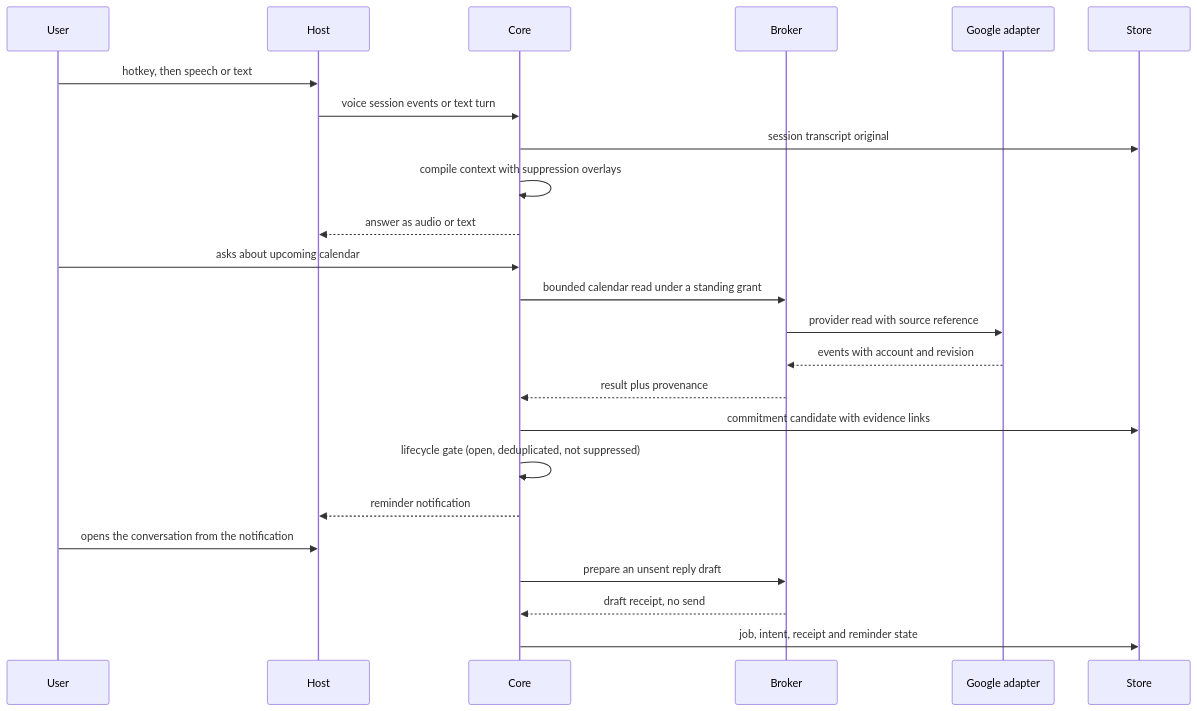
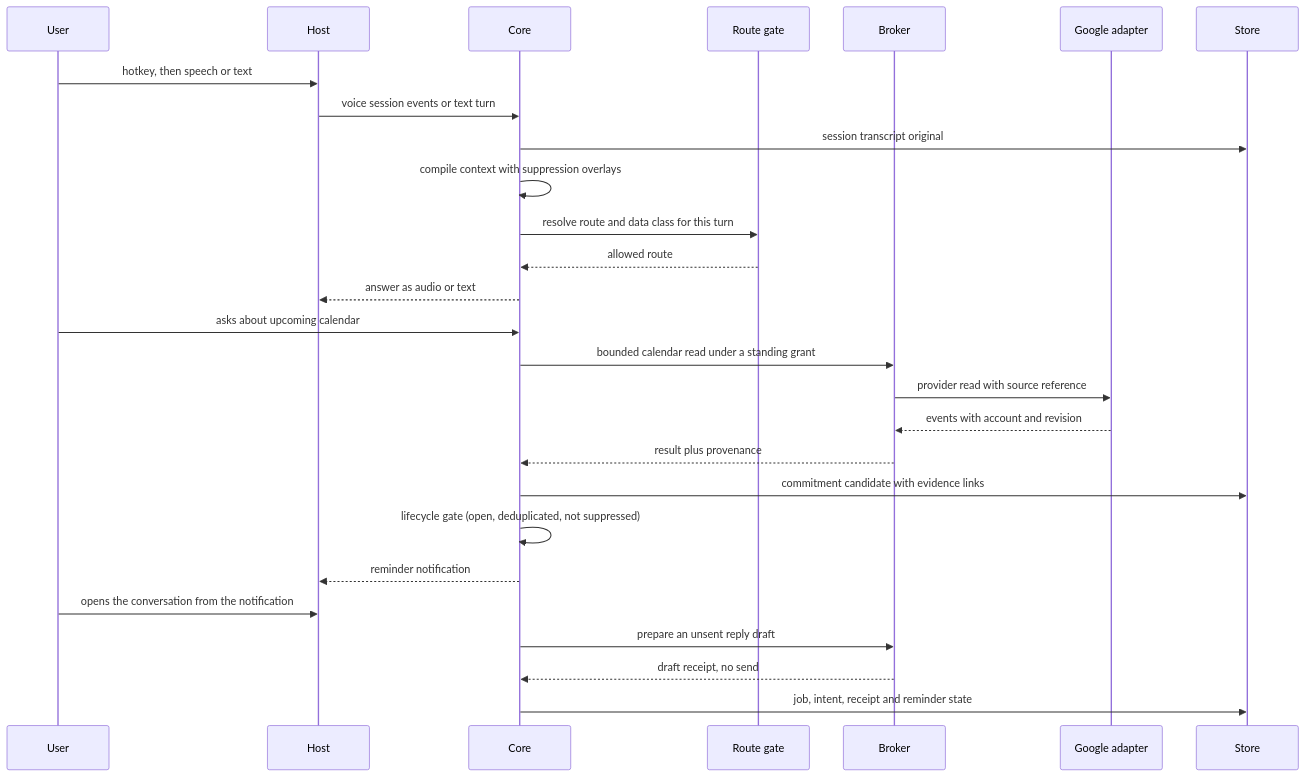
The second of 2 diagrams in docs/architecture.md (PEAT-AI/lux-didi), drawn with Mermaid before and after one commit. The commit also changed other lines of this file and 7 other files, not shown here.

````diff
--- a/docs/architecture.md
+++ b/docs/architecture.md
@@ -43,27 +46,30 @@
 ```mermaid
 sequenceDiagram
   participant U as User
   participant H as Host
   participant C as Core
+  participant RG as Route gate
   participant B as Broker
   participant G as Google adapter
   participant S as Store
 
   U->>H: hotkey, then speech or text
   H->>C: voice session events or text turn
   C->>S: session transcript original
   C->>C: compile context with suppression overlays
+  C->>RG: resolve route and data class for this turn
+  RG-->>C: allowed route
   C-->>H: answer as audio or text
   U->>C: asks about upcoming calendar
   C->>B: bounded calendar read under a standing grant
   B->>G: provider read with source reference
   G-->>B: events with account and revision
   B-->>C: result plus provenance
   C->>S: commitment candidate with evidence links
   C->>C: lifecycle gate (open, deduplicated, not suppressed)
   C-->>H: reminder notification
   U->>H: opens the conversation from the notification
   C->>B: prepare an unsent reply draft
   B-->>C: draft receipt, no send
   C->>S: job, intent, receipt and reminder state
 ```
````
